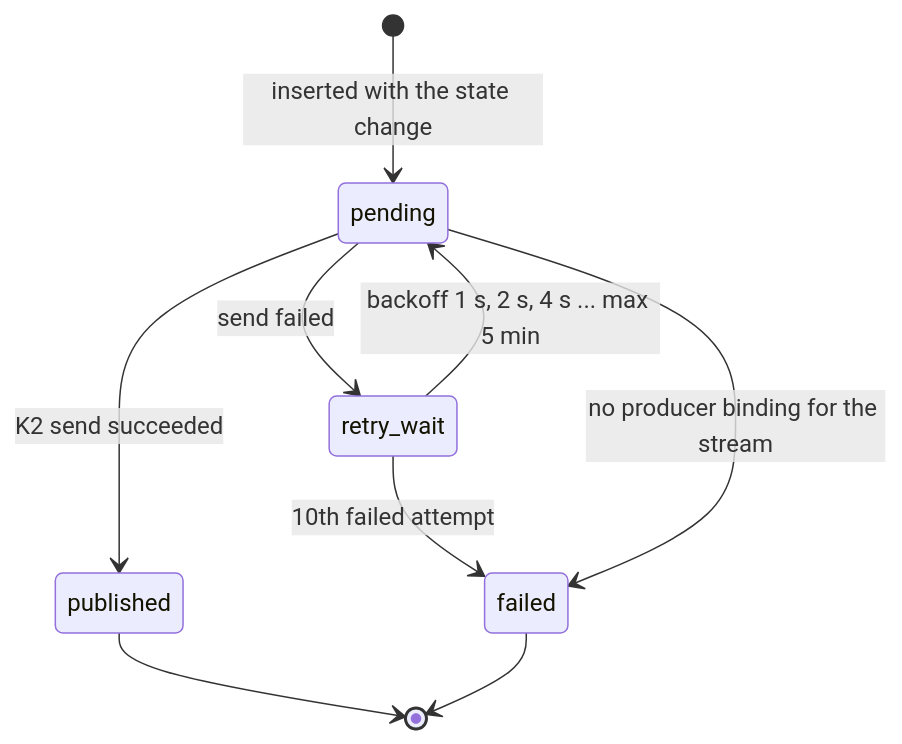
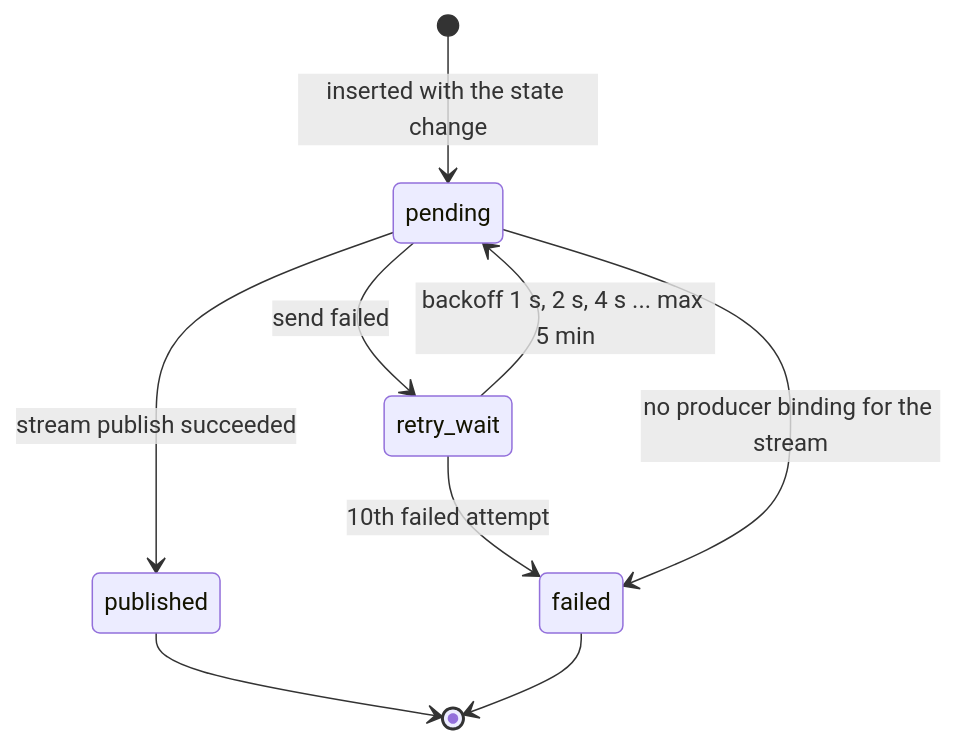
The second of 7 diagrams in docs/architecture/events-and-commands.md (nsudhanva/rhumbatron), drawn with Mermaid before and after one commit. The commit also changed other lines of this file and 322 other files, not shown here.

````diff
--- a/docs/architecture/events-and-commands.md
+++ b/docs/architecture/events-and-commands.md
@@ -62,11 +64,11 @@
 ```mermaid
 stateDiagram-v2
   [*] --> pending: inserted with the state change
-  pending --> published: K2 send succeeded
+  pending --> published: stream publish succeeded
   pending --> retry_wait: send failed
   retry_wait --> pending: backoff 1 s, 2 s, 4 s ... max 5 min
   retry_wait --> failed: 10th failed attempt
   pending --> failed: no producer binding for the stream
   published --> [*]
   failed --> [*]
 ```
````
